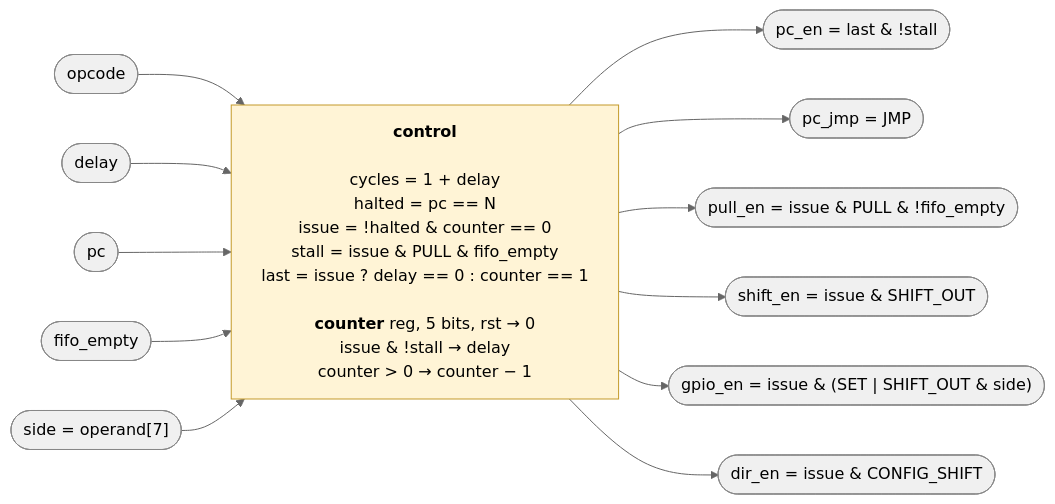
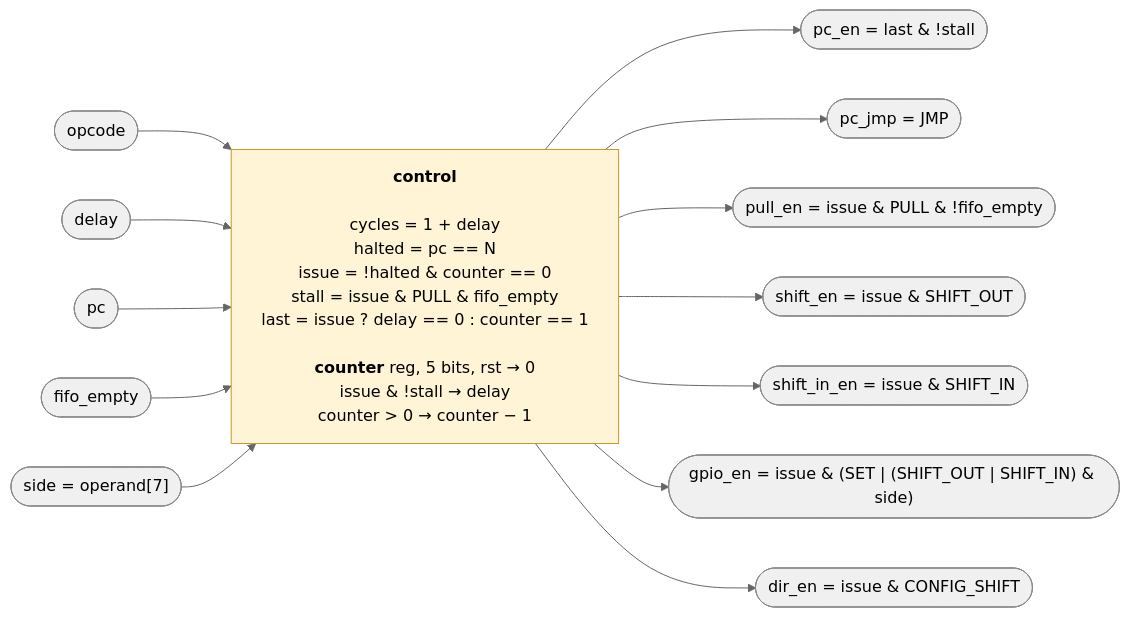
One commit to cshieldsce/smallcore changed the diagram in docs/control.mmd. Above: the diagram before and after it, drawn with Mermaid (neutral theme). The commit also changed 9 other files, not shown here.

Commit message:
update diagrams for shift_in

```diff
--- a/docs/control.mmd
+++ b/docs/control.mmd
@@ -1,34 +1,36 @@
 %%{init: {"flowchart": {"wrappingWidth": 420}}}%%
 %% The control block: what it reads, what it computes, what it drives. All combinational
 %% except the counter register. Signal names match core.svg.
 flowchart LR
   classDef sig fill:#f0f0f0,stroke:#888
   classDef reg fill:#dbe8ff,stroke:#4a6fa5
   classDef comb fill:#fff4d6,stroke:#c49a2a
 
   OPC(["opcode"]):::sig
   DLY(["delay"]):::sig
   PCV(["pc"]):::sig
   EMP(["fifo_empty"]):::sig
   SIDE(["side = operand[7]"]):::sig
 
   CU["<b>control</b><br/><br/>cycles = 1 + delay<br/>halted = pc == N<br/>issue = !halted & counter == 0<br/>stall = issue & PULL & fifo_empty<br/>last = issue ? delay == 0 : counter == 1<br/><br/><b>counter</b> reg, 5 bits, rst → 0<br/>issue & !stall → delay<br/>counter > 0 → counter − 1"]:::comb
 
   PCI(["pc_en = last & !stall"]):::sig
   PCJ(["pc_jmp = JMP"]):::sig
   PLE(["pull_en = issue & PULL & !fifo_empty"]):::sig
   SHE(["shift_en = issue & SHIFT_OUT"]):::sig
-  PNE(["gpio_en = issue & (SET | SHIFT_OUT & side)"]):::sig
+  SIE(["shift_in_en = issue & SHIFT_IN"]):::sig
+  PNE(["gpio_en = issue & (SET | (SHIFT_OUT | SHIFT_IN) & side)"]):::sig
   DIE(["dir_en = issue & CONFIG_SHIFT"]):::sig
 
   OPC --> CU
   DLY --> CU
   PCV --> CU
   EMP --> CU
   SIDE --> CU
   CU --> PCI
   CU --> PCJ
   CU --> PLE
   CU --> SHE
+  CU --> SIE
   CU --> PNE
   CU --> DIE
```
